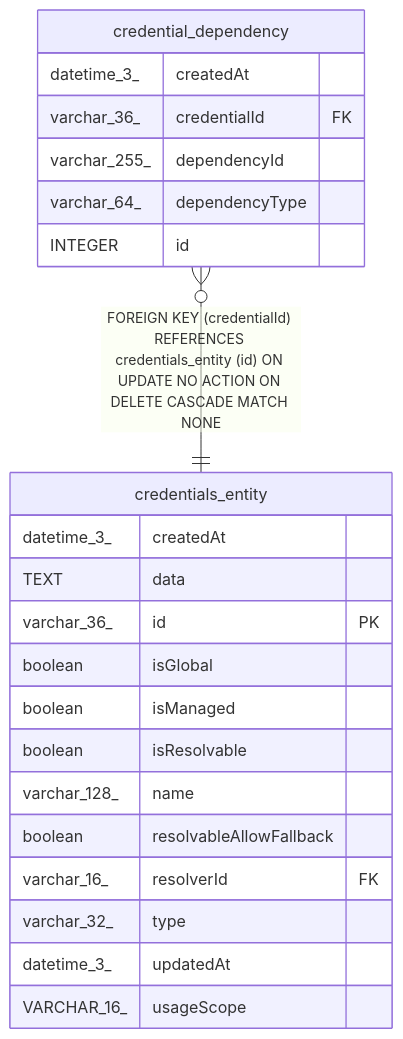
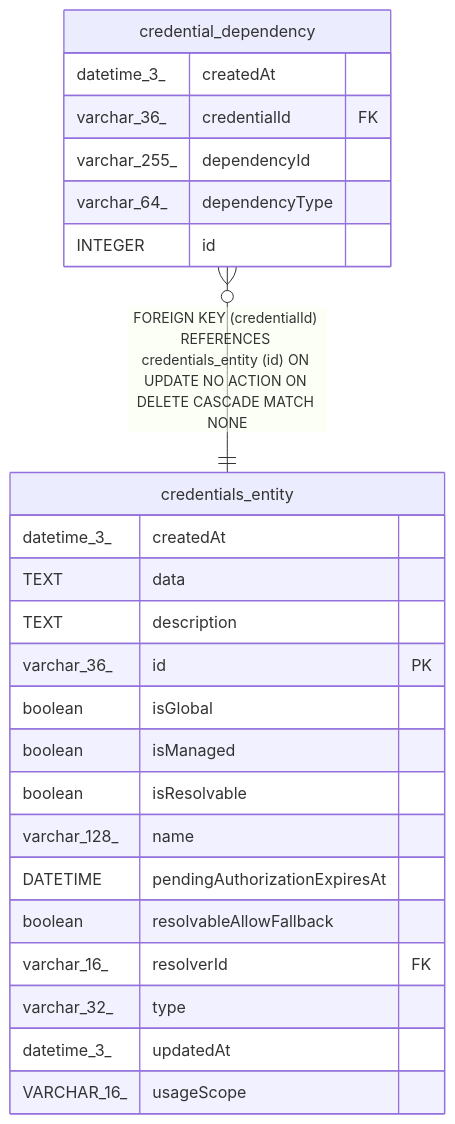
Before and after one commit to koreatest12/studys: the diagram in n8n_integration/n8n_source/docs/generated/sqlite-schema/credential_dependency.md, drawn with Mermaid. The commit also changed 23019 other files, not shown here.

````diff
--- a/n8n_integration/n8n_source/docs/generated/sqlite-schema/credential_dependency.md
+++ b/n8n_integration/n8n_source/docs/generated/sqlite-schema/credential_dependency.md
@@ -41,27 +41,29 @@
 ```mermaid
 erDiagram
 
 "credential_dependency" }o--|| "credentials_entity" : "FOREIGN KEY (credentialId) REFERENCES credentials_entity (id) ON UPDATE NO ACTION ON DELETE CASCADE MATCH NONE"
 
 "credential_dependency" {
   datetime_3_ createdAt
   varchar_36_ credentialId FK
   varchar_255_ dependencyId
   varchar_64_ dependencyType
   INTEGER id
 }
 "credentials_entity" {
   datetime_3_ createdAt
   TEXT data
+  TEXT description
   varchar_36_ id PK
   boolean isGlobal
   boolean isManaged
   boolean isResolvable
   varchar_128_ name
+  DATETIME pendingAuthorizationExpiresAt
   boolean resolvableAllowFallback
   varchar_16_ resolverId FK
   varchar_32_ type
   datetime_3_ updatedAt
   VARCHAR_16_ usageScope
 }
 ```
````
